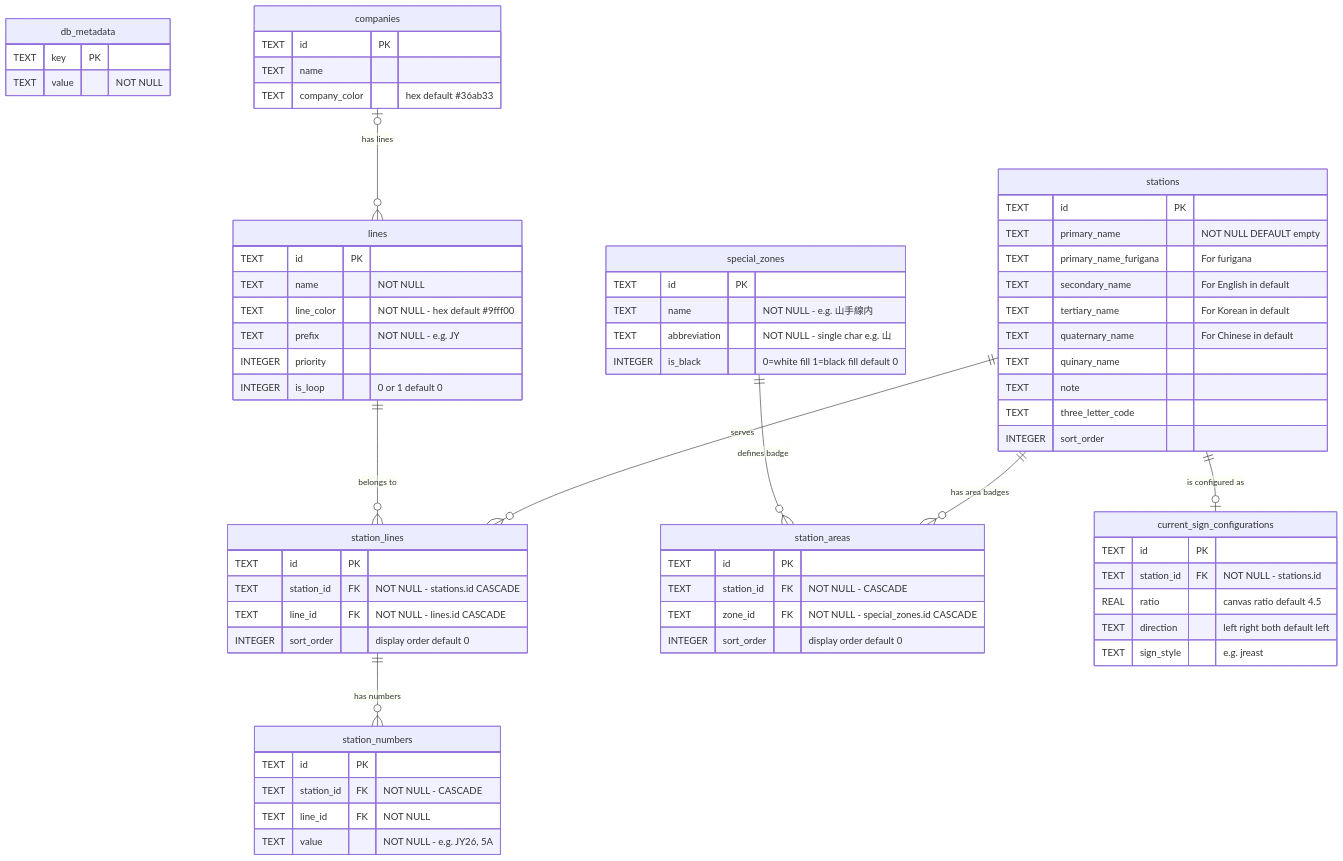
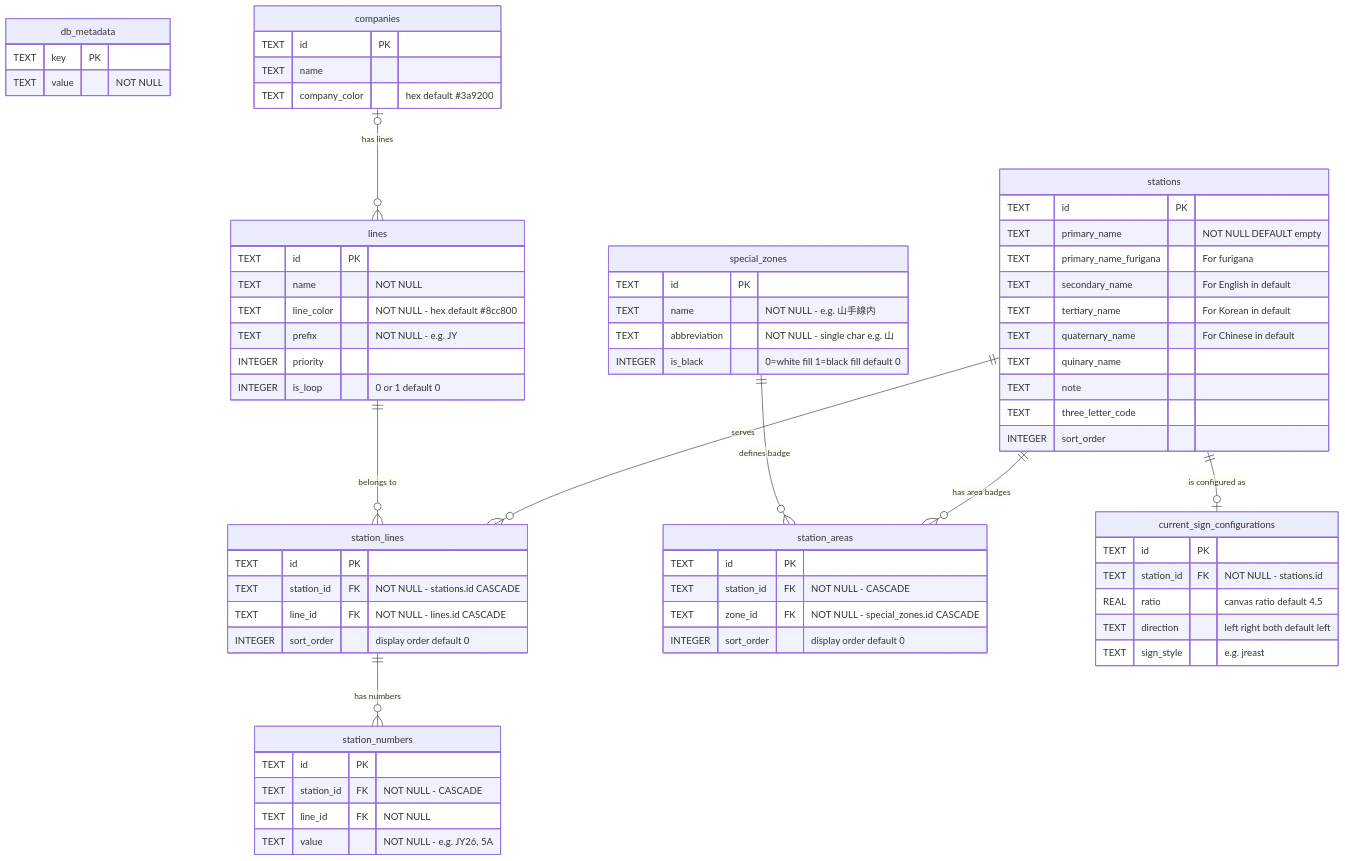
The diagram in .claude/output/er-diagram.mmd (BlueShapes/station-sign-generator), drawn with Mermaid before and after one commit. The commit also changed 11 other files, not shown here.

```diff
--- a/.claude/output/er-diagram.mmd
+++ b/.claude/output/er-diagram.mmd
@@ -1,77 +1,77 @@
 erDiagram
     db_metadata {
         TEXT key PK
         TEXT value "NOT NULL"
     }
 
     companies {
         TEXT id PK
         TEXT name
-        TEXT company_color "hex default #36ab33"
+        TEXT company_color "hex default #3a9200"
     }
 
     lines {
         TEXT id PK
         TEXT name "NOT NULL"
-        TEXT line_color "NOT NULL - hex default #9fff00"
+        TEXT line_color "NOT NULL - hex default #8cc800"
         TEXT prefix "NOT NULL - e.g. JY"
         INTEGER priority
         INTEGER is_loop "0 or 1 default 0"
     }
 
     stations {
         TEXT id PK
         TEXT primary_name "NOT NULL DEFAULT empty"
         TEXT primary_name_furigana "For furigana"
         TEXT secondary_name "For English in default"
         TEXT tertiary_name "For Korean in default"
         TEXT quaternary_name "For Chinese in default"
         TEXT quinary_name
         TEXT note
         TEXT three_letter_code
         INTEGER sort_order
     }
 
     station_lines {
         TEXT id PK
         TEXT station_id FK "NOT NULL - stations.id CASCADE"
         TEXT line_id FK "NOT NULL - lines.id CASCADE"
         INTEGER sort_order "display order default 0"
     }
 
     station_numbers {
         TEXT id PK
         TEXT station_id FK "NOT NULL - CASCADE"
         TEXT line_id FK "NOT NULL"
         TEXT value "NOT NULL - e.g. JY26, 5A"
     }
 
     special_zones {
         TEXT id PK
         TEXT name "NOT NULL - e.g. 山手線内"
         TEXT abbreviation "NOT NULL - single char e.g. 山"
         INTEGER is_black "0=white fill 1=black fill default 0"
     }
 
     station_areas {
         TEXT id PK
         TEXT station_id FK "NOT NULL - CASCADE"
         TEXT zone_id FK "NOT NULL - special_zones.id CASCADE"
         INTEGER sort_order "display order default 0"
     }
 
     current_sign_configurations {
         TEXT id PK
         TEXT station_id FK "NOT NULL - stations.id"
         REAL ratio "canvas ratio default 4.5"
         TEXT direction "left right both default left"
         TEXT sign_style "e.g. jreast"
     }
 
     companies |o--o{ lines : "has lines"
     lines ||--o{ station_lines : "belongs to"
     stations ||--o{ station_lines : "serves"
     station_lines ||--o{ station_numbers : "has numbers"
     special_zones ||--o{ station_areas : "defines badge"
     stations ||--o{ station_areas : "has area badges"
     stations ||--o| current_sign_configurations : "is configured as"
```
